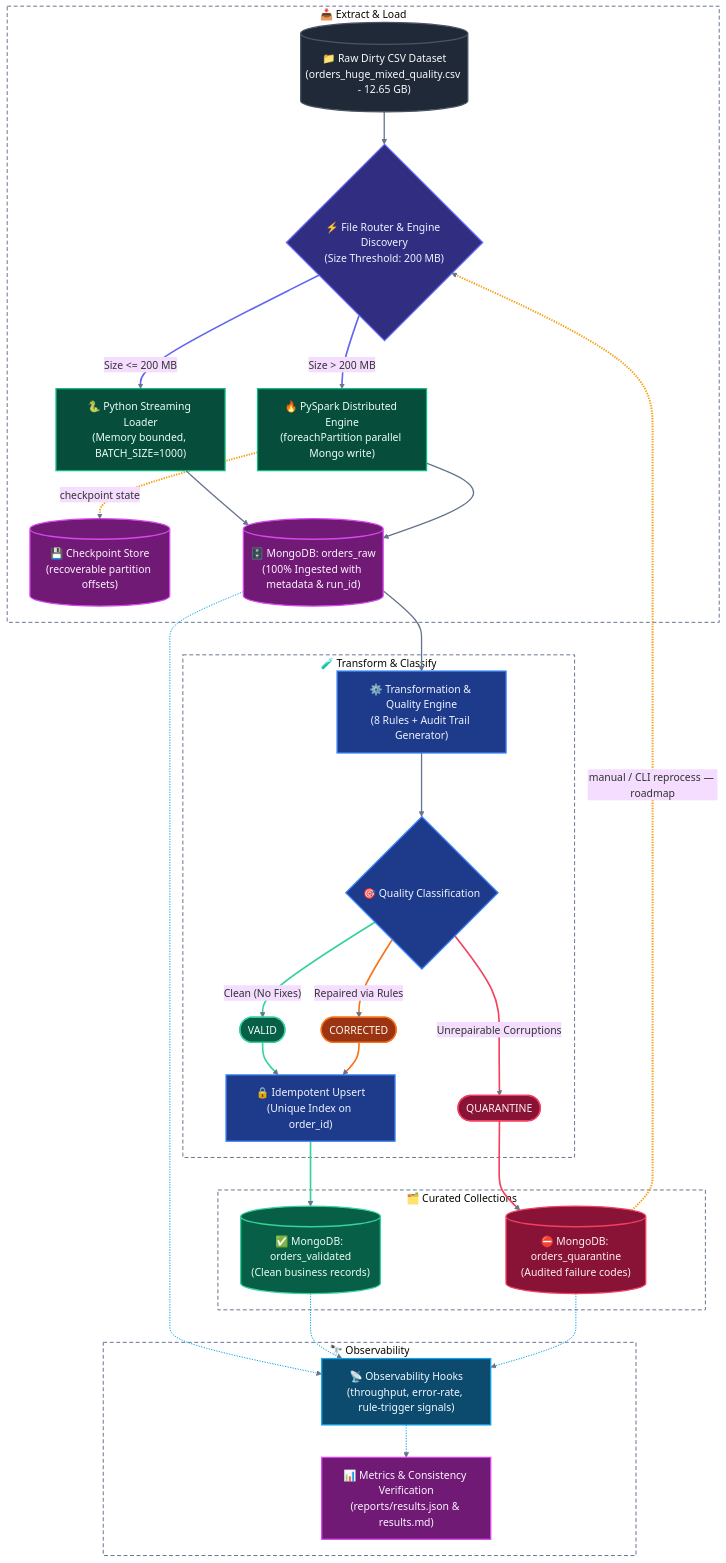
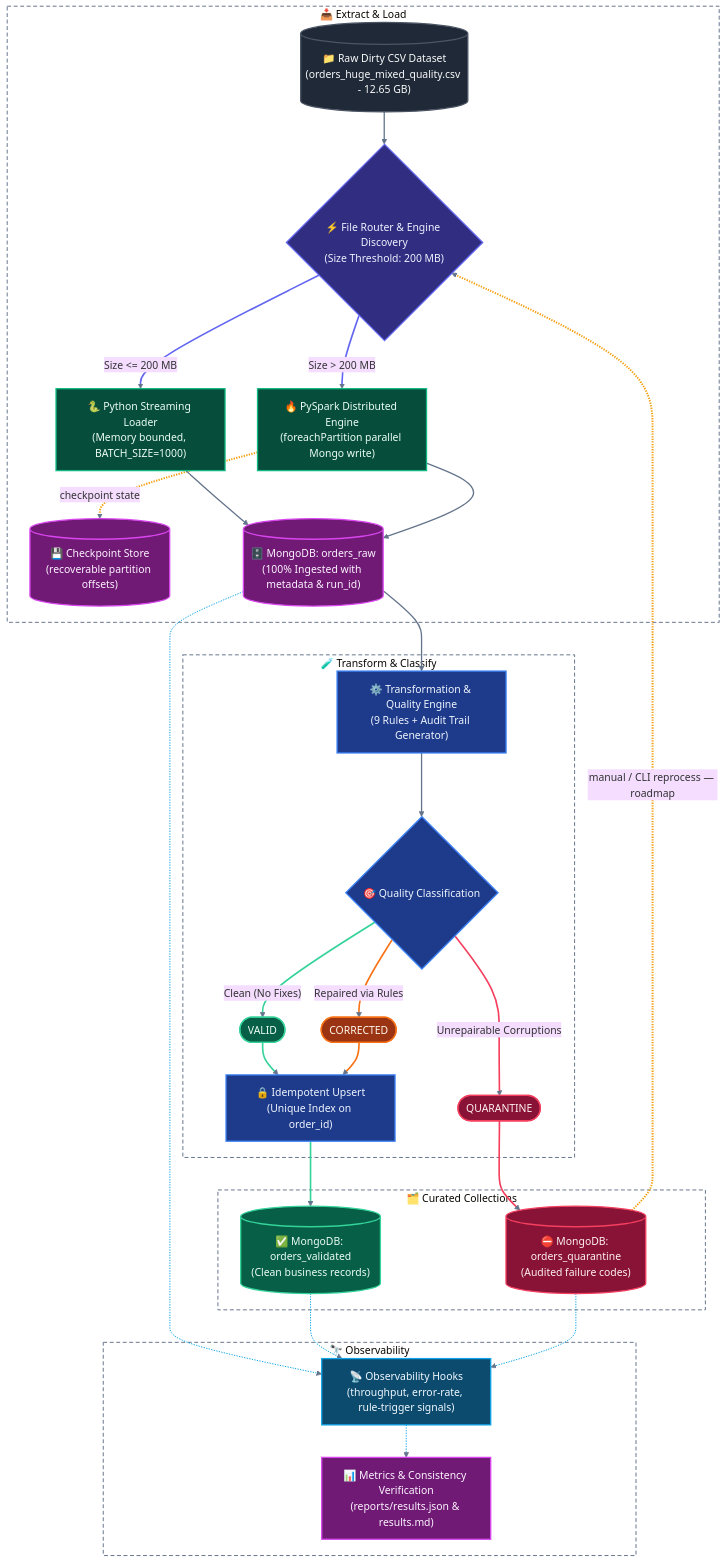
One commit to mushtaqalfaqih/BigData-Midterm-Pipeline changed the first of 3 diagrams in README.md. Above: the diagram before and after it, drawn with Mermaid (base theme). The commit also changed other lines of this file, not shown here.

Commit message:
docs: harmonize rule counts to 9 across headings, consistency model and architecture diagram

````diff
--- a/README.md
+++ b/README.md
@@ -191,76 +191,76 @@
 ```mermaid
 flowchart TD
     classDef input fill:#1F2937,stroke:#4B5563,stroke-width:2px,color:#F9FAFB;
     classDef router fill:#312E81,stroke:#6366F1,stroke-width:2px,color:#EEF2FF;
     classDef engine fill:#064E3B,stroke:#10B981,stroke-width:2px,color:#ECFDF5;
     classDef storage fill:#701A75,stroke:#D946EF,stroke-width:2px,color:#FDF4FF;
     classDef process fill:#1E3A8A,stroke:#3B82F6,stroke-width:2px,color:#EFF6FF;
     classDef valid fill:#065F46,stroke:#34D399,stroke-width:2px,color:#ECFDF5;
     classDef warn fill:#9A3412,stroke:#F97316,stroke-width:2px,color:#FFF7ED;
     classDef err fill:#881337,stroke:#F43F5E,stroke-width:2px,color:#FFF1F2;
     classDef obs fill:#0C4A6E,stroke:#0EA5E9,stroke-width:2px,color:#F0F9FF;
 
     subgraph EL["📥 Extract & Load"]
         CSV[("📁 Raw Dirty CSV Dataset<br>(orders_huge_mixed_quality.csv - 12.65 GB)")]:::input
         ROUTER{"⚡ File Router & Engine Discovery<br>(Size Threshold: 200 MB)"}:::router
         PB["🐍 Python Streaming Loader<br>(Memory bounded, BATCH_SIZE=1000)"]:::engine
         PS["🔥 PySpark Distributed Engine<br>(foreachPartition parallel Mongo write)"]:::engine
         CKPT[("💾 Checkpoint Store<br>(recoverable partition offsets)")]:::storage
         RAW[("🗄️ MongoDB: orders_raw<br>(100% Ingested with metadata & run_id)")]:::storage
     end
 
     subgraph TF["🧪 Transform & Classify"]
-        TRANS["⚙️ Transformation & Quality Engine<br>(8 Rules + Audit Trail Generator)"]:::process
+        TRANS["⚙️ Transformation & Quality Engine<br>(9 Rules + Audit Trail Generator)"]:::process
         CLASS{"🎯 Quality Classification"}:::process
         VAL1(["VALID"]):::valid
         VAL2(["CORRECTED"]):::warn
         QUAR(["QUARANTINE"]):::err
         UPSERT["🔒 Idempotent Upsert<br>(Unique Index on order_id)"]:::process
     end
 
     subgraph ST["🗂️ Curated Collections"]
         MVAL[("✅ MongoDB: orders_validated<br>(Clean business records)")]:::valid
         MQUAR[("⛔ MongoDB: orders_quarantine<br>(Audited failure codes)")]:::err
     end
 
     subgraph OB["🔭 Observability"]
         MONITOR["📡 Observability Hooks<br>(throughput, error-rate, rule-trigger signals)"]:::obs
         METRICS["📊 Metrics & Consistency Verification<br>(reports/results.json & results.md)"]:::storage
     end
 
     %% Flows
     CSV --> ROUTER
     ROUTER -->|Size <= 200 MB| PB
     ROUTER -->|Size > 200 MB| PS
     PS -. checkpoint state .-> CKPT
     PB --> RAW
     PS --> RAW
     RAW --> TRANS
     TRANS --> CLASS
     CLASS -->|"Clean (No Fixes)"| VAL1
     CLASS -->|"Repaired via Rules"| VAL2
     CLASS -->|"Unrepairable Corruptions"| QUAR
     VAL1 --> UPSERT
     VAL2 --> UPSERT
     UPSERT --> MVAL
     QUAR --> MQUAR
     MQUAR -. manual / CLI reprocess — roadmap .-> ROUTER
     RAW -.-> MONITOR
     MVAL -.-> MONITOR
     MQUAR -.-> MONITOR
     MONITOR -.-> METRICS
 
     %% Styling
     style EL fill:transparent,stroke:#64748B,stroke-width:1.5px,stroke-dasharray:6 4
     style TF fill:transparent,stroke:#64748B,stroke-width:1.5px,stroke-dasharray:6 4
     style ST fill:transparent,stroke:#64748B,stroke-width:1.5px,stroke-dasharray:6 4
     style OB fill:transparent,stroke:#64748B,stroke-width:1.5px,stroke-dasharray:6 4
 
     linkStyle default stroke:#64748B,stroke-width:2px;
     linkStyle 1,2 stroke:#6366F1,stroke-width:2.5px;
     linkStyle 3,15 stroke:#F59E0B,stroke-width:3px;
     linkStyle 8,11,13 stroke:#34D399,stroke-width:2.5px;
     linkStyle 9,12 stroke:#F97316,stroke-width:2.5px;
     linkStyle 10,14 stroke:#F43F5E,stroke-width:2.5px;
     linkStyle 16,17,18,19 stroke:#0EA5E9,stroke-width:1.5px;
 ```
````
